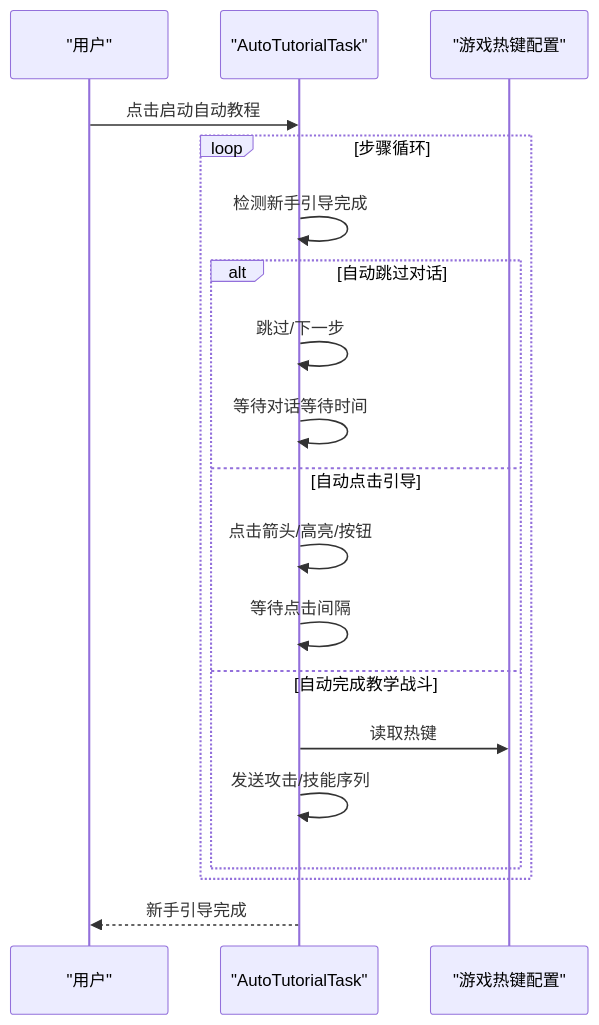
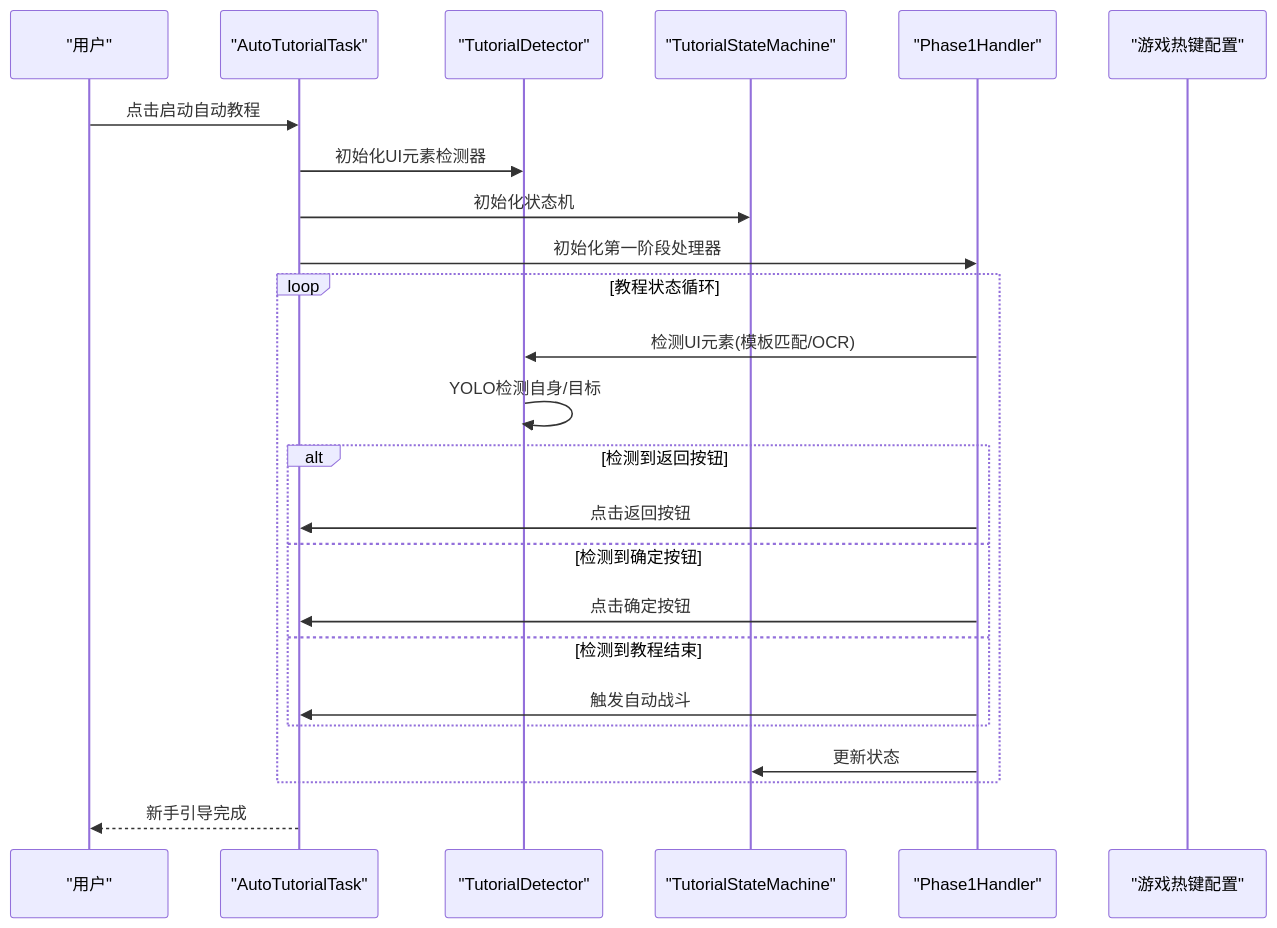
One commit to xsy098-max/ok-jump changed the sixth of 8 diagrams in .qoder/repowiki/zh/content/配置系统/任务配置.md. Above: the diagram before and after it, drawn with Mermaid. The commit also changed other lines of this file and 13 other files, not shown here.

````diff
--- a/.qoder/repowiki/zh/content/配置系统/任务配置.md
+++ b/.qoder/repowiki/zh/content/配置系统/任务配置.md
@@ -383,21 +410,26 @@
 ```mermaid
 sequenceDiagram
 participant User as "用户"
 participant Tutorial as "AutoTutorialTask"
+participant Detector as "TutorialDetector"
+participant StateMachine as "TutorialStateMachine"
+participant Handler as "Phase1Handler"
 participant Hotkeys as "游戏热键配置"
 User->>Tutorial : 点击启动自动教程
-loop 步骤循环
-Tutorial->>Tutorial : 检测新手引导完成
-alt 自动跳过对话
-Tutorial->>Tutorial : 跳过/下一步
-Tutorial->>Tutorial : 等待对话等待时间
-else 自动点击引导
-Tutorial->>Tutorial : 点击箭头/高亮/按钮
-Tutorial->>Tutorial : 等待点击间隔
-else 自动完成教学战斗
-Tutorial->>Hotkeys : 读取热键
-Tutorial->>Tutorial : 发送攻击/技能序列
+Tutorial->>Detector : 初始化UI元素检测器
+Tutorial->>StateMachine : 初始化状态机
+Tutorial->>Handler : 初始化第一阶段处理器
+loop 教程状态循环
+Handler->>Detector : 检测UI元素(模板匹配/OCR)
+Detector->>Detector : YOLO检测自身/目标
+alt 检测到返回按钮
+Handler->>Tutorial : 点击返回按钮
+else 检测到确定按钮
+Handler->>Tutorial : 点击确定按钮
+else 检测到教程结束
+Handler->>Tutorial : 触发自动战斗
 end
+Handler->>StateMachine : 更新状态
 end
 Tutorial-->>User : 新手引导完成
 ```
````
